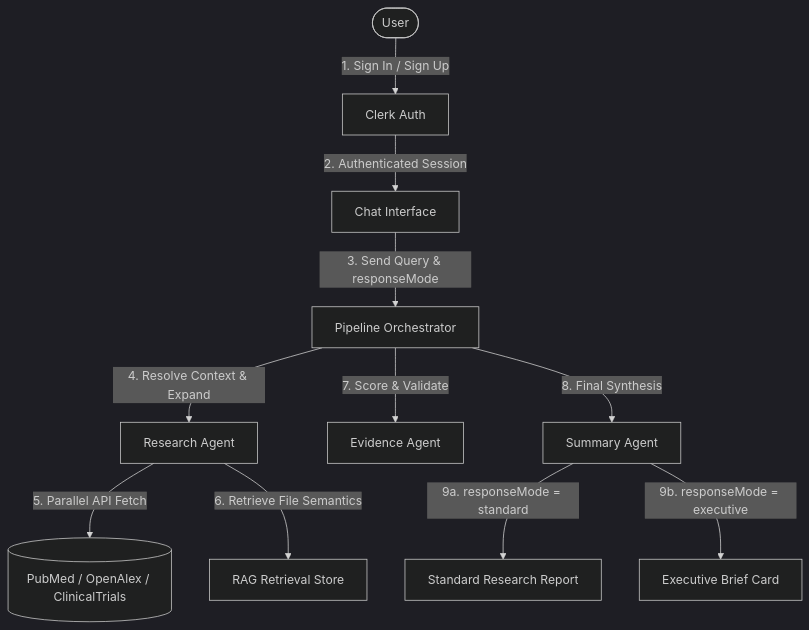
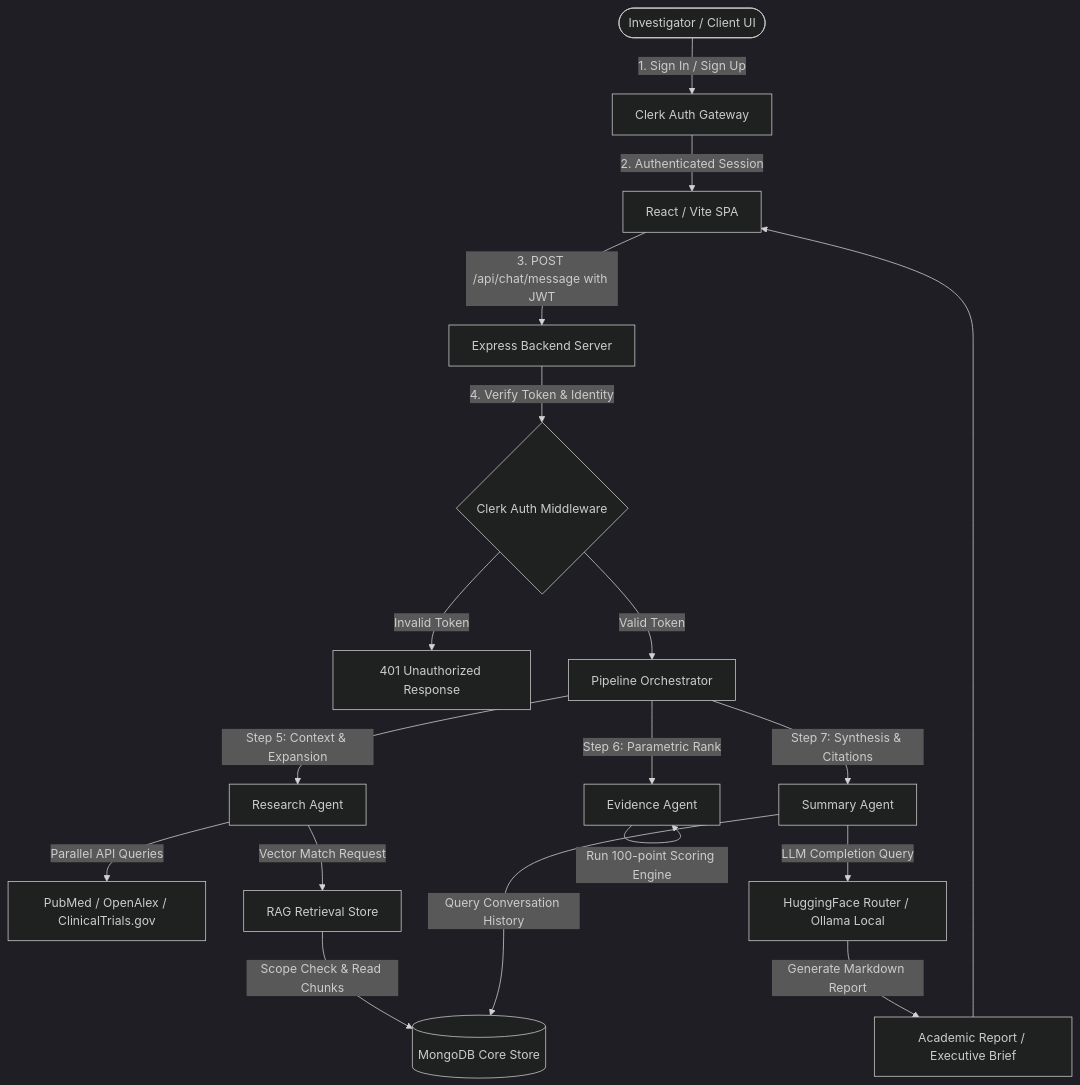
One commit to aggisanjay/AI-Medical-Research-Assistant changed the first of 3 diagrams in README.md. Above: the diagram before and after it, drawn with Mermaid (dark theme). The commit also changed other lines of this file, not shown here.

Commit message:
docs: overhaul README with expanded project documentation, architecture diagrams, and detailed agent workflow descriptions

````diff
--- a/README.md
+++ b/README.md
@@ -36,13 +51,25 @@
 ```mermaid
 graph TD
-    User([User]) -->|1. Sign In / Sign Up| Clerk[Clerk Auth]
-    Clerk -->|2. Authenticated Session| App[Chat Interface]
-    App -->|3. Send Query & responseMode| Orchestrator[Pipeline Orchestrator]
-    Orchestrator -->|4. Resolve Context & Expand| ResearchAgent[Research Agent]
-    ResearchAgent -->|5. Parallel API Fetch| APIs[(PubMed / OpenAlex / ClinicalTrials)]
-    ResearchAgent -->|6. Retrieve File Semantics| RAG[RAG Retrieval Store]
-    Orchestrator -->|7. Score & Validate| EvidenceAgent[Evidence Agent]
-    Orchestrator -->|8. Final Synthesis| SummaryAgent[Summary Agent]
-    SummaryAgent -->|9a. responseMode = standard| StdReport[Standard Research Report]
-    SummaryAgent -->|9b. responseMode = executive| ExecBrief[Executive Brief Card]
+    User([Investigator / Client UI]) -->|1. Sign In / Sign Up| Clerk[Clerk Auth Gateway]
+    Clerk -->|2. Authenticated Session| App[React / Vite SPA]
+    App -->|3. POST /api/chat/message with JWT| BE[Express Backend Server]
+    BE -->|4. Verify Token & Identity| JWTCheck{Clerk Auth Middleware}
+    JWTCheck -->|Invalid Token| Err[401 Unauthorized Response]
+    
+    JWTCheck -->|Valid Token| Orchestrator[Pipeline Orchestrator]
+    
+    Orchestrator -->|Step 5: Context & Expansion| RA[Research Agent]
+    RA -->|Parallel API Queries| Ext[PubMed / OpenAlex / ClinicalTrials.gov]
+    RA -->|Vector Match Request| RAG[RAG Retrieval Store]
+    RAG -->|Scope Check & Read Chunks| DB[(MongoDB Core Store)]
+    
+    Orchestrator -->|Step 6: Parametric Rank| EA[Evidence Agent]
+    EA -->|Run 100-point Scoring Engine| EA
+    
+    Orchestrator -->|Step 7: Synthesis & Citations| SA[Summary Agent]
+    SA -->|Query Conversation History| DB
+    SA -->|LLM Completion Query| LLM[HuggingFace Router / Ollama Local]
+    
+    LLM -->|Generate Markdown Report| Brief[Academic Report / Executive Brief]
+    Brief --> App
 ```
````
